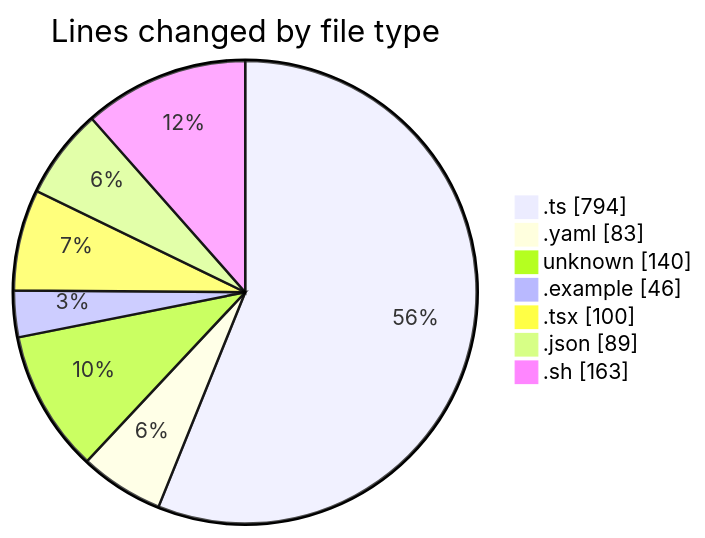
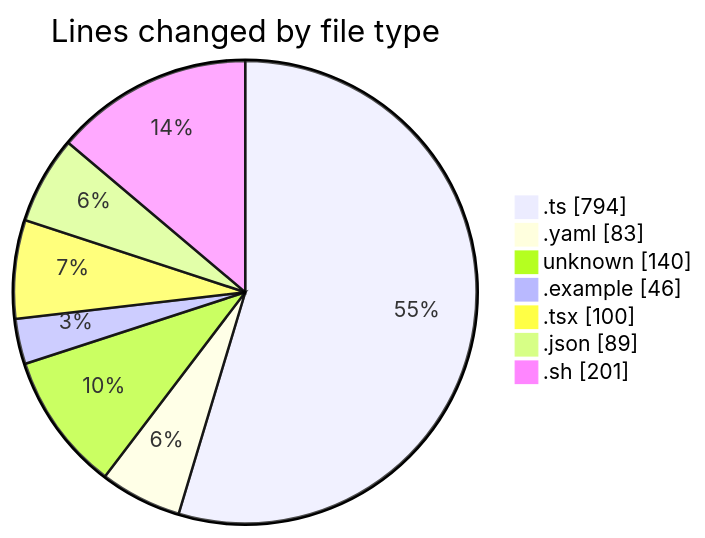
The first of 2 diagrams in 2025-10-01/open-health/README.md (mevix1/code-tracking), drawn with Mermaid before and after one commit. The commit also changed other lines of this file and 1 other file, not shown here.

````diff
--- a/2025-10-01/open-health/README.md
+++ b/2025-10-01/open-health/README.md
@@ -37,11 +38,11 @@
 ```mermaid
 pie showData
 title Lines changed by file type
 ".ts" : 794
 ".yaml" : 83
 "unknown" : 140
 ".example" : 46
 ".tsx" : 100
 ".json" : 89
-".sh" : 163
+".sh" : 201
 ```
````
